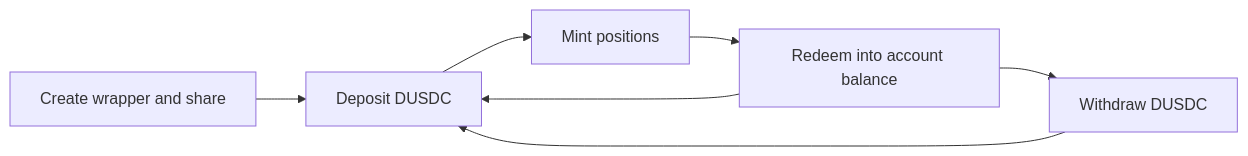
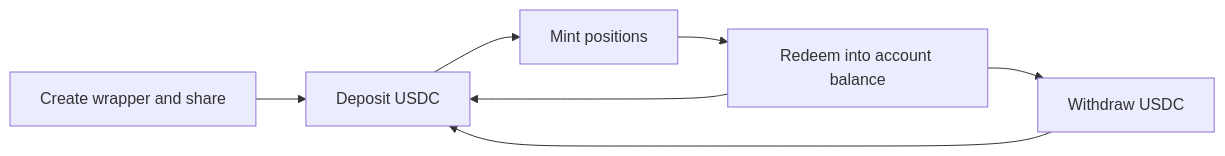
The diagram in docs/content/onchain-finance/deepbook/deepbook-predict/contract-information/predict-manager.mdx (MystenLabs/sui), drawn with Mermaid before and after one commit. The commit also changed other lines of this file and 21 other files, not shown here.

````diff
--- a/docs/content/onchain-finance/deepbook/deepbook-predict/contract-information/predict-manager.mdx
+++ b/docs/content/onchain-finance/deepbook/deepbook-predict/contract-information/predict-manager.mdx
@@ -77,9 +80,9 @@
 ```mermaid
 flowchart LR
-    A[Create wrapper and share] --> B[Deposit DUSDC]
+    A[Create wrapper and share] --> B[Deposit USDC]
     B --> C[Mint positions]
     C --> D[Redeem into account balance]
     D --> B
-    D --> E[Withdraw DUSDC]
+    D --> E[Withdraw USDC]
     E --> B
 ```
````
